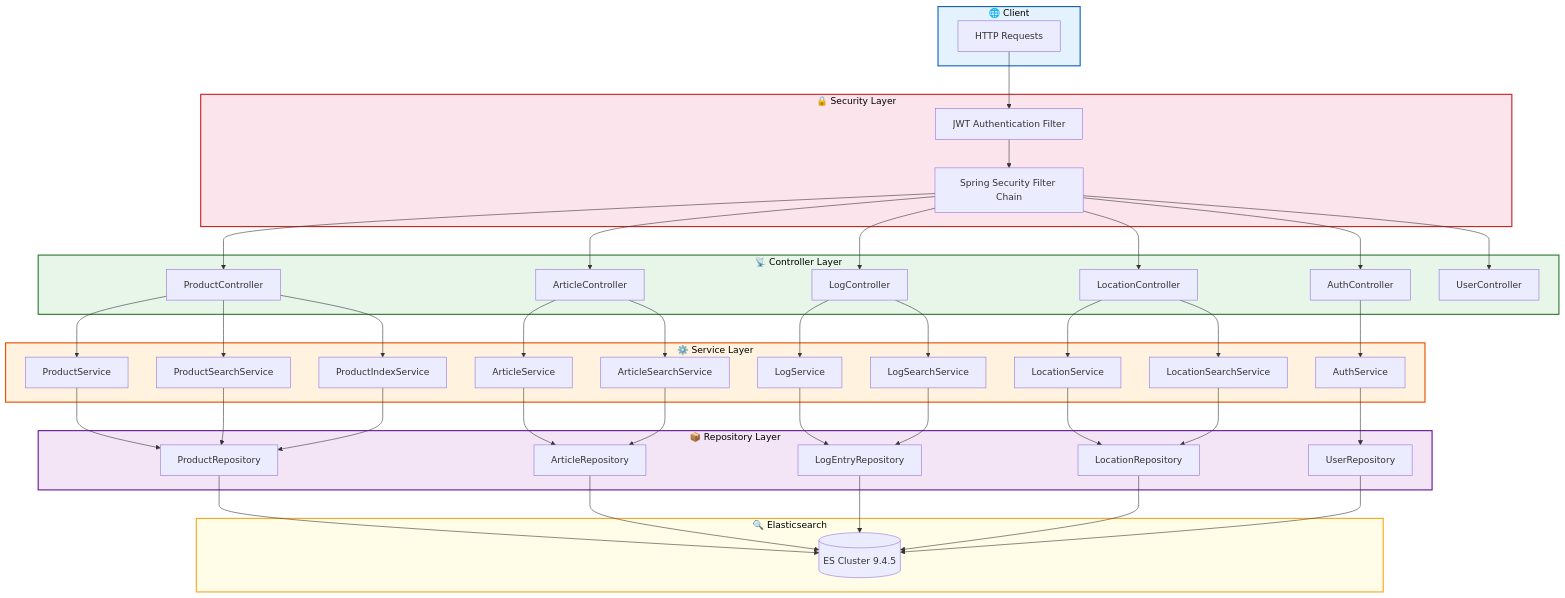
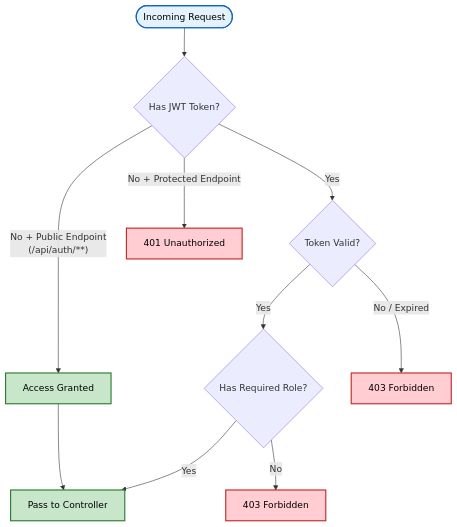
Before and after one commit to sawmikcuet19/ElasticSearch-springboot: the second of 17 diagrams in README.md, drawn with Mermaid. The commit also changed other lines of this file, not shown here.

First line of the commit message:
docs: restructure README with step-by-step flowcharts

````diff
--- a/README.md
+++ b/README.md
@@ -30,66 +62,23 @@
 ```mermaid
 flowchart TD
-    subgraph CLIENT["🌐 Client"]
-        A[HTTP Requests]
-    end
+    REQ([Incoming Request]) --> JWT{"Has JWT Token?"}
 
-    subgraph SECURITY["🔒 Security Layer"]
-        B[JWT Authentication Filter]
-        C[Spring Security Filter Chain]
-    end
+    JWT -->|"No + Public Endpoint\n(/api/auth/**)"| PERMIT["Access Granted"]
+    JWT -->|"No + Protected Endpoint"| DENY["401 Unauthorized"]
+    JWT -->|"Yes"| VALIDATE{"Token Valid?"}
 
-    subgraph CONTROLLER["📡 Controller Layer"]
-        D[AuthController]
-        E[ProductController]
-        F[ArticleController]
-        G[LogController]
-        H[LocationController]
-        I[UserController]
-    end
+    VALIDATE -->|"Yes"| ROLES{"Has Required Role?"}
+    VALIDATE -->|"No / Expired"| DENY2["403 Forbidden"]
 
-    subgraph SERVICE["⚙️ Service Layer"]
-        J[AuthService]
-        K[ProductService]
-        L[ProductSearchService]
-        M[ProductIndexService]
-        N[ArticleService]
-        O[ArticleSearchService]
-        P[LogService]
-        Q[LogSearchService]
-        R[LocationService]
-        S[LocationSearchService]
-    end
+    ROLES -->|"Yes"| CONTINUE["Pass to Controller"]
+    ROLES -->|"No"| DENY3["403 Forbidden"]
 
-    subgraph REPOSITORY["📦 Repository Layer"]
-        T[ProductRepository]
-        U[ArticleRepository]
-        V[LogEntryRepository]
-        W[LocationRepository]
-        X[UserRepository]
-    end
+    PERMIT --> CONTINUE
 
-    subgraph ELASTICSEARCH["🔍 Elasticsearch"]
-        Y[(ES Cluster 9.4.5)]
-    end
-
-    A --> B --> C
-    C --> D & E & F & G & H & I
-    D --> J
-    E --> K & L & M
-    F --> N & O
-    G --> P & Q
-    H --> R & S
-    K & L & M --> T
-    N & O --> U
-    P & Q --> V
-    R & S --> W
-    J --> X
-    T & U & V & W & X --> Y
-
-    style CLIENT fill:#e3f2fd,stroke:#1565c0,stroke-width:2px,color:#000
-    style SECURITY fill:#fce4ec,stroke:#c62828,stroke-width:2px,color:#000
-    style CONTROLLER fill:#e8f5e9,stroke:#2e7d32,stroke-width:2px,color:#000
-    style SERVICE fill:#fff3e0,stroke:#e65100,stroke-width:2px,color:#000
-    style REPOSITORY fill:#f3e5f5,stroke:#6a1b9a,stroke-width:2px,color:#000
-    style ELASTICSEARCH fill:#fffde7,stroke:#f9a825,stroke-width:2px,color:#000
+    style REQ fill:#e3f2fd,stroke:#1565c0,stroke-width:2px,color:#000
+    style DENY fill:#ffcdd2,stroke:#c62828,stroke-width:2px,color:#000
+    style DENY2 fill:#ffcdd2,stroke:#c62828,stroke-width:2px,color:#000
+    style DENY3 fill:#ffcdd2,stroke:#c62828,stroke-width:2px,color:#000
+    style CONTINUE fill:#c8e6c9,stroke:#2e7d32,stroke-width:2px,color:#000
+    style PERMIT fill:#c8e6c9,stroke:#2e7d32,stroke-width:2px,color:#000
 ```
````
